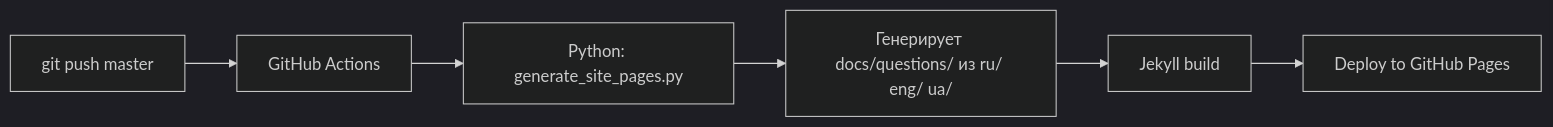
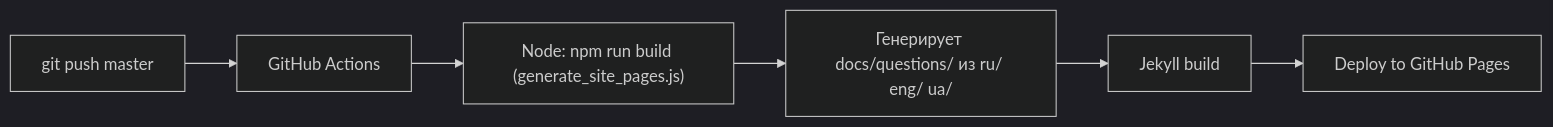
Before and after one commit to saraswatdeepesh19/Interview-Preparation: the diagram in PROJECT_STRUCTURE.md, drawn with Mermaid (dark theme). The commit also changed other lines of this file and 47 other files, not shown here.

````diff
--- a/PROJECT_STRUCTURE.md
+++ b/PROJECT_STRUCTURE.md
@@ -302,8 +322,8 @@
 ```mermaid
 graph LR
     A["git push master"] --> B["GitHub Actions"]
-    B --> C["Python: generate_site_pages.py"]
+    B --> C["Node: npm run build (generate_site_pages.js)"]
     C --> D["Генерирует docs/questions/ из ru/ eng/ ua/"]
     D --> E["Jekyll build"]
     E --> F["Deploy to GitHub Pages"]
 ```
````
